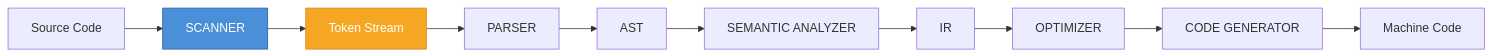
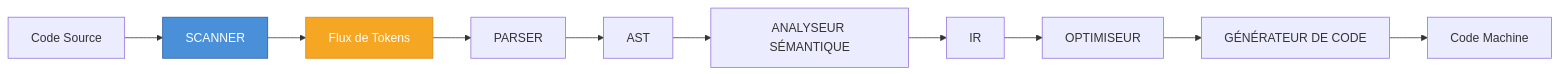
The first of 3 diagrams in README.md (Saad-programmer/Compilation-TP1), drawn with Mermaid before and after one commit. The commit also changed other lines of this file, not shown here.

````diff
--- a/README.md
+++ b/README.md
@@ -57,15 +57,15 @@
 ```mermaid
 graph LR
-    A[Source Code] --> B[SCANNER]
-    B --> C[Token Stream]
+    A[Code Source] --> B[SCANNER]
+    B --> C[Flux de Tokens]
     C --> D[PARSER]
     D --> E[AST]
-    E --> F[SEMANTIC ANALYZER]
+    E --> F[ANALYSEUR SÉMANTIQUE]
     F --> G[IR]
-    G --> H[OPTIMIZER]
-    H --> I[CODE GENERATOR]
-    I --> J[Machine Code]
+    G --> H[OPTIMISEUR]
+    H --> I[GÉNÉRATEUR DE CODE]
+    I --> J[Code Machine]
     
     style B fill:#4a90d9,stroke:#2c5aa0,color:#fff
     style C fill:#f5a623,stroke:#d4891a,color:#fff
 ```
````
